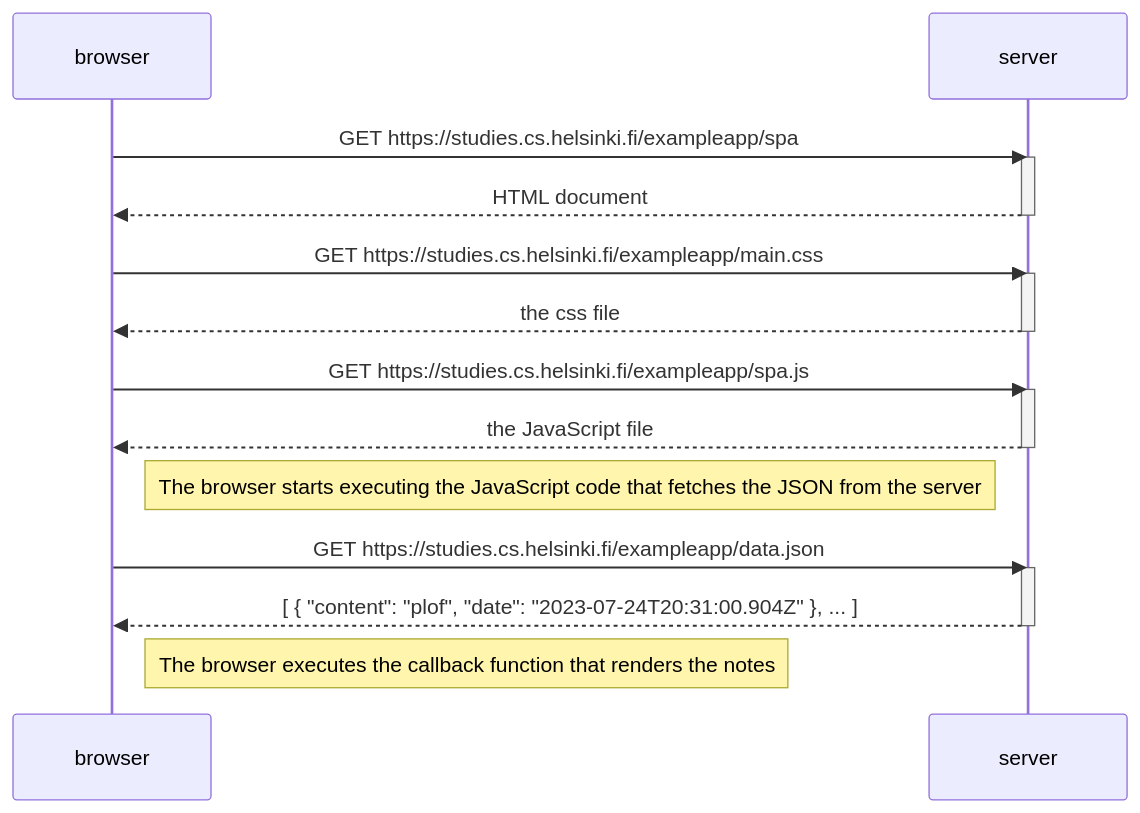
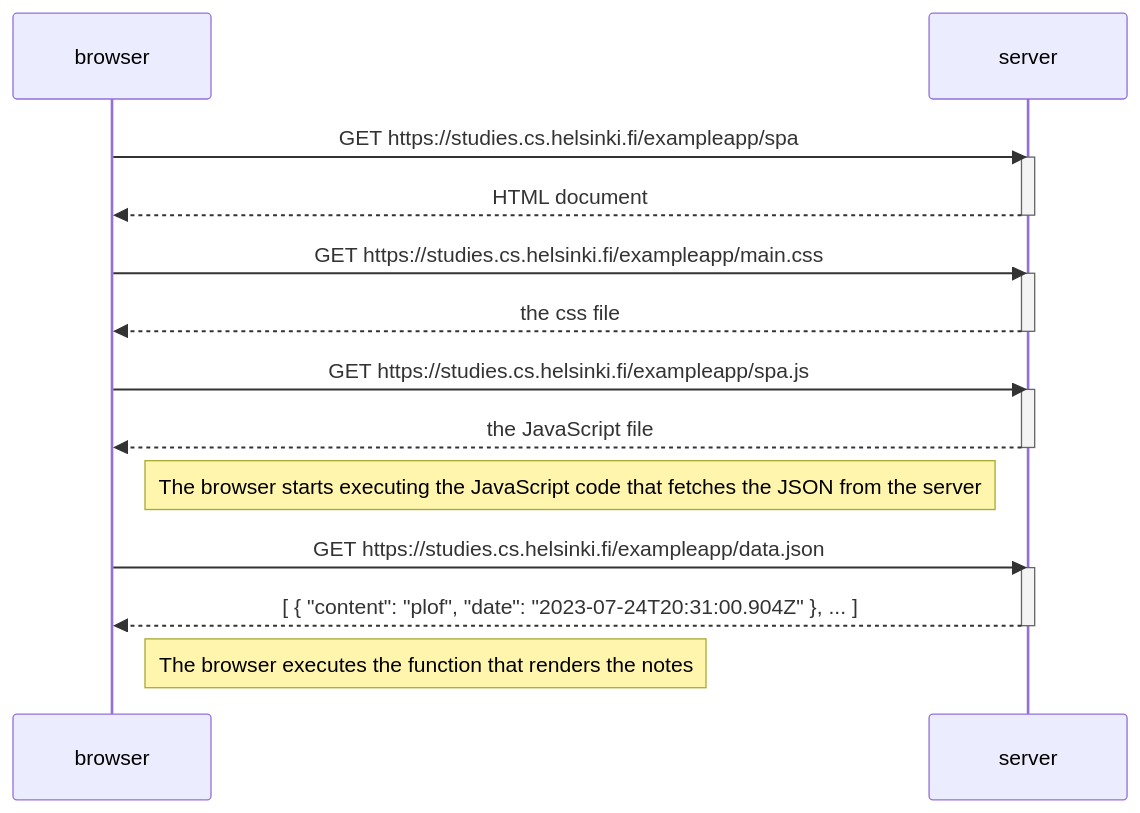
One commit to the-coding-anthropoid/full_stack changed the diagram in part_0/0.5-spa_diagram.md. Above: the diagram before and after it, drawn with Mermaid. The commit also changed 2 other files, not shown here.

Commit message:
Exercise 0.6: New Note in SPA Diagram => Done

````diff
--- a/part_0/0.5-spa_diagram.md
+++ b/part_0/0.5-spa_diagram.md
@@ -11,29 +11,29 @@
 ```mermaid
 sequenceDiagram
     participant browser
     participant server
 
     browser->>server: GET https://studies.cs.helsinki.fi/exampleapp/spa
     activate server
     server-->>browser: HTML document
     deactivate server
 
     browser->>server: GET https://studies.cs.helsinki.fi/exampleapp/main.css
     activate server
     server-->>browser: the css file
     deactivate server
 
     browser->>server: GET https://studies.cs.helsinki.fi/exampleapp/spa.js
     activate server
     server-->>browser: the JavaScript file
     deactivate server
 
     Note right of browser: The browser starts executing the JavaScript code that fetches the JSON from the server
 
     browser->>server: GET https://studies.cs.helsinki.fi/exampleapp/data.json
     activate server
     server-->>browser: [ { "content": "plof", "date": "2023-07-24T20:31:00.904Z" }, ... ]
     deactivate server
 
-    Note right of browser: The browser executes the callback function that renders the notes
+    Note right of browser: The browser executes the function that renders the notes
 ```
````
